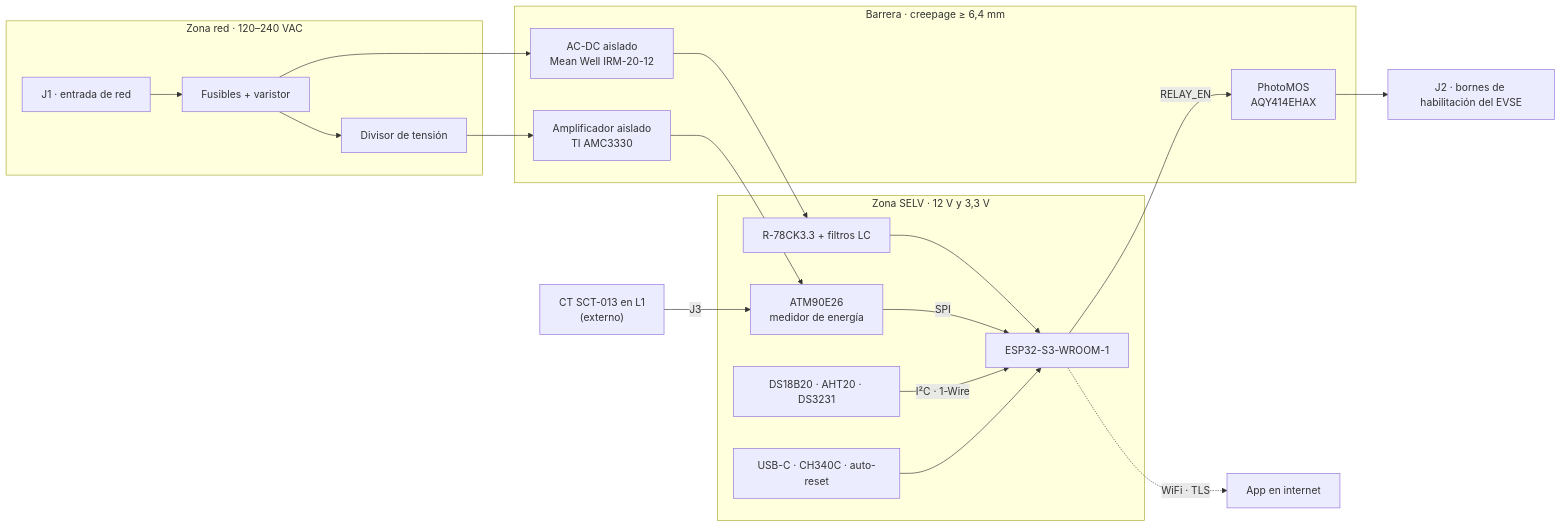
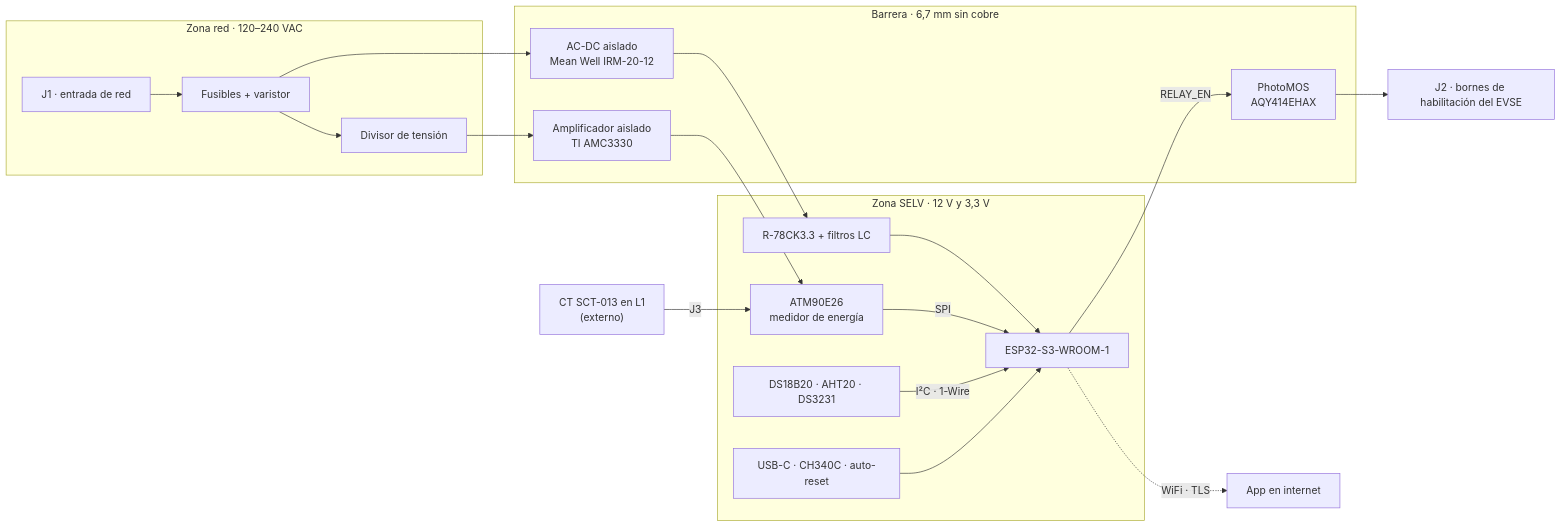
Before and after one commit to NicoGomez4262/control-carga-evse: the diagram in README.md, drawn with Mermaid. The commit also changed other lines of this file and 3 other files, not shown here.

````diff
--- a/README.md
+++ b/README.md
@@ -32,32 +86,32 @@
 ```mermaid
 flowchart LR
   CT["CT SCT-013 en L1<br/>(externo)"]
 
   subgraph RED["Zona red · 120–240 VAC"]
     J1["J1 · entrada de red"] --> PROT["Fusibles + varistor"]
     PROT --> DIV["Divisor de tensión"]
   end
 
-  subgraph BARRERA["Barrera · creepage ≥ 6,4 mm"]
+  subgraph BARRERA["Barrera · 6,7 mm sin cobre"]
     ACDC["AC-DC aislado<br/>Mean Well IRM-20-12"]
     AMC["Amplificador aislado<br/>TI AMC3330"]
     K1["PhotoMOS<br/>AQY414EHAX"]
   end
 
   subgraph SELV["Zona SELV · 12 V y 3,3 V"]
     REG["R-78CK3.3 + filtros LC"]
     ATM["ATM90E26<br/>medidor de energía"]
     ESP["ESP32-S3-WROOM-1"]
     SENS["DS18B20 · AHT20 · DS3231"]
     USB["USB-C · CH340C · auto-reset"]
   end
 
   PROT --> ACDC --> REG --> ESP
   DIV --> AMC --> ATM
   CT -- "J3" --> ATM
   ATM -- SPI --> ESP
   SENS -- "I²C · 1-Wire" --> ESP
   USB --> ESP
   ESP -- RELAY_EN --> K1 --> J2["J2 · bornes de habilitación del EVSE"]
   ESP -. "WiFi · TLS" .-> APP["App en internet"]
 ```
````
